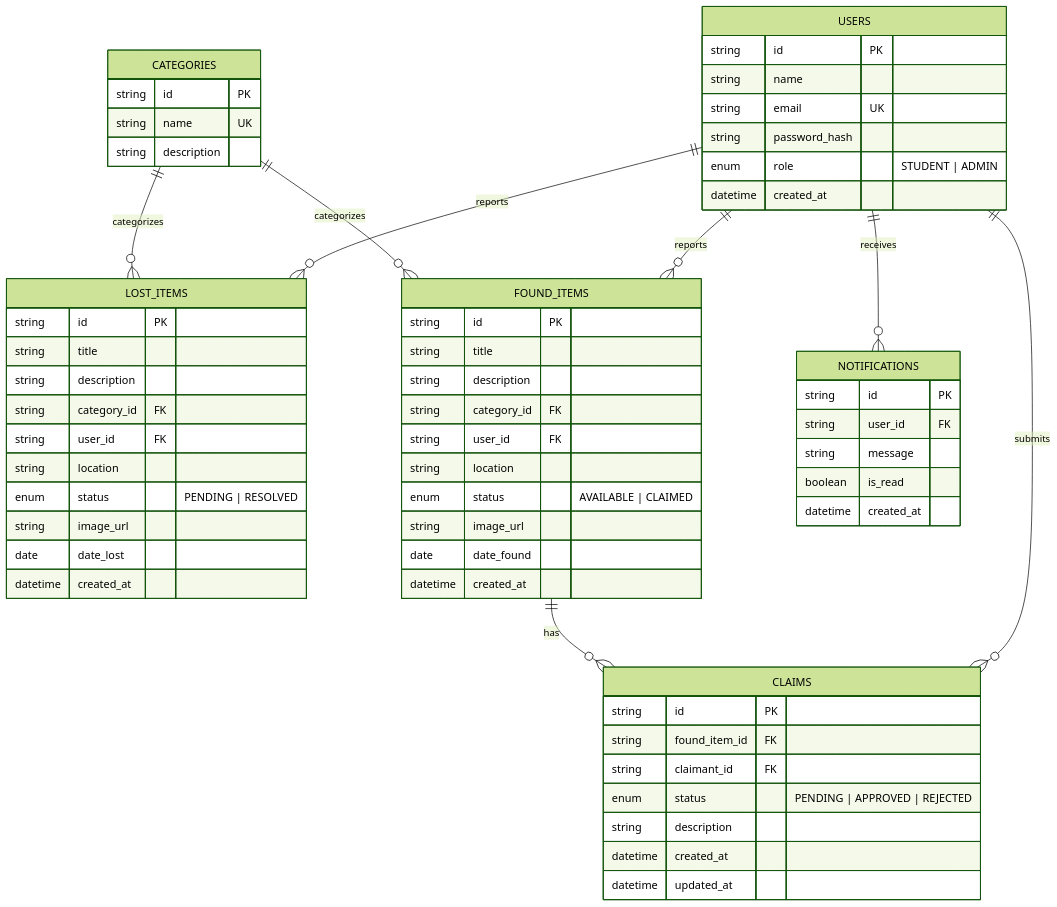
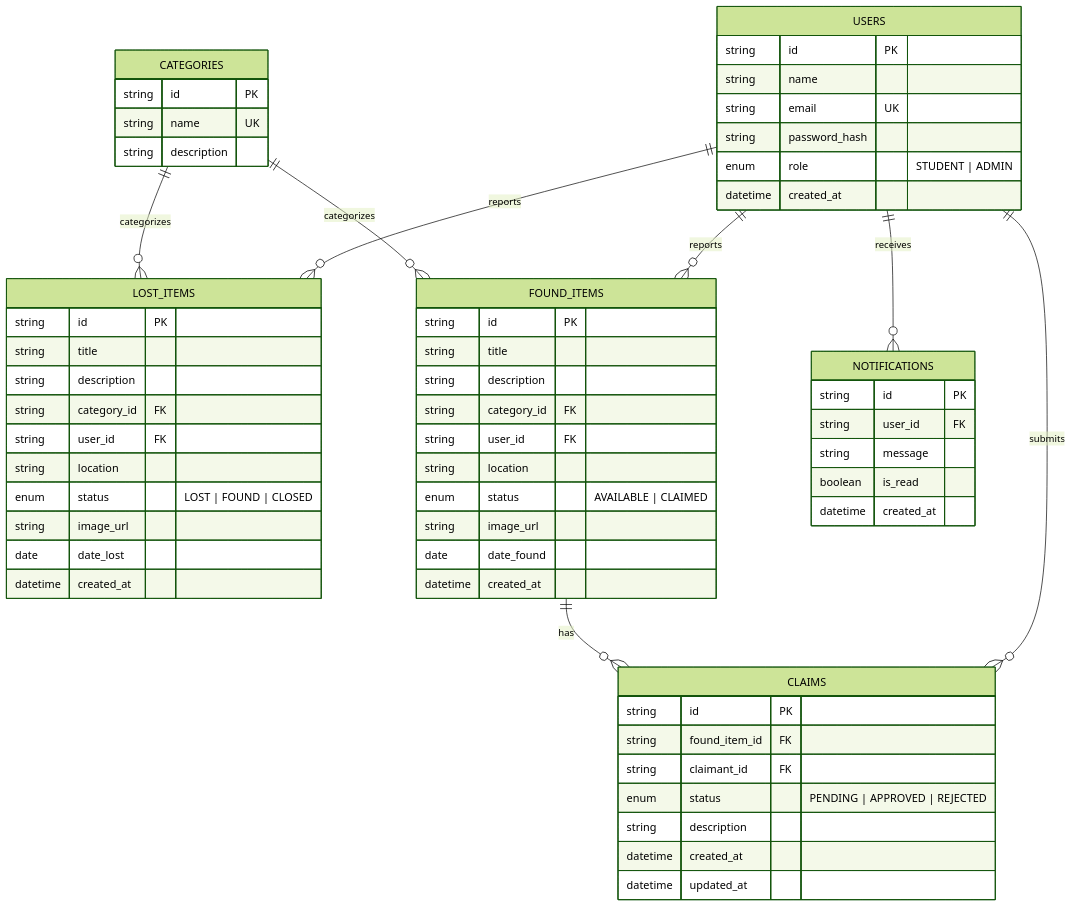
The diagram in docs/ER_DIAGRAM.md (bhavyaa-006/dbms-miniproject), drawn with Mermaid (forest theme) before and after one commit. The commit also changed 20 other files, not shown here.

````diff
--- a/docs/ER_DIAGRAM.md
+++ b/docs/ER_DIAGRAM.md
@@ -5,69 +5,69 @@
 ```mermaid
 erDiagram
     USERS {
         string id PK
         string name
         string email UK
         string password_hash
         enum role "STUDENT | ADMIN"
         datetime created_at
     }
 
     CATEGORIES {
         string id PK
         string name UK
         string description
     }
 
     LOST_ITEMS {
         string id PK
         string title
         string description
         string category_id FK
         string user_id FK
         string location
-        enum status "PENDING | RESOLVED"
+        enum status "LOST | FOUND | CLOSED"
         string image_url
         date date_lost
         datetime created_at
     }
 
     FOUND_ITEMS {
         string id PK
         string title
         string description
         string category_id FK
         string user_id FK
         string location
         enum status "AVAILABLE | CLAIMED"
         string image_url
         date date_found
         datetime created_at
     }
 
     CLAIMS {
         string id PK
         string found_item_id FK
         string claimant_id FK
         enum status "PENDING | APPROVED | REJECTED"
         string description
         datetime created_at
         datetime updated_at
     }
 
     NOTIFICATIONS {
         string id PK
         string user_id FK
         string message
         boolean is_read
         datetime created_at
     }
 
     USERS ||--o{ LOST_ITEMS       : "reports"
     USERS ||--o{ FOUND_ITEMS      : "reports"
     USERS ||--o{ CLAIMS           : "submits"
     USERS ||--o{ NOTIFICATIONS    : "receives"
     CATEGORIES ||--o{ LOST_ITEMS  : "categorizes"
     CATEGORIES ||--o{ FOUND_ITEMS : "categorizes"
     FOUND_ITEMS ||--o{ CLAIMS     : "has"
 ```
````
